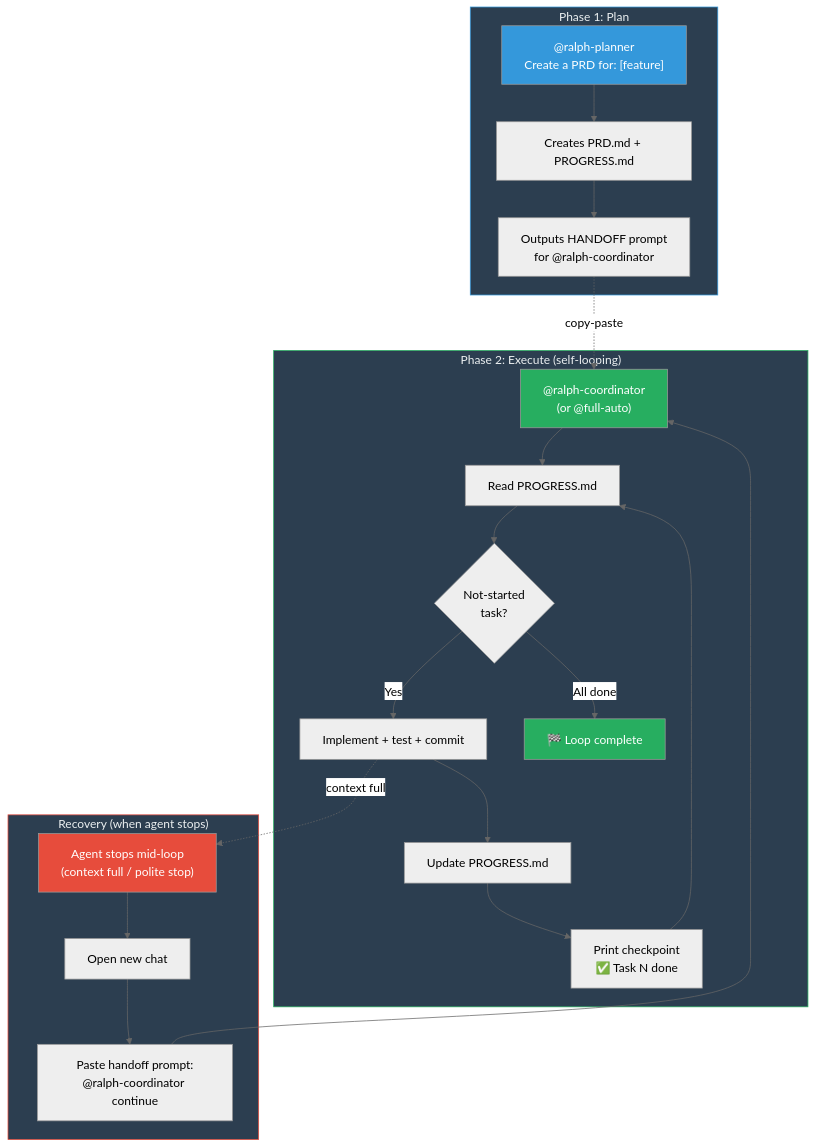
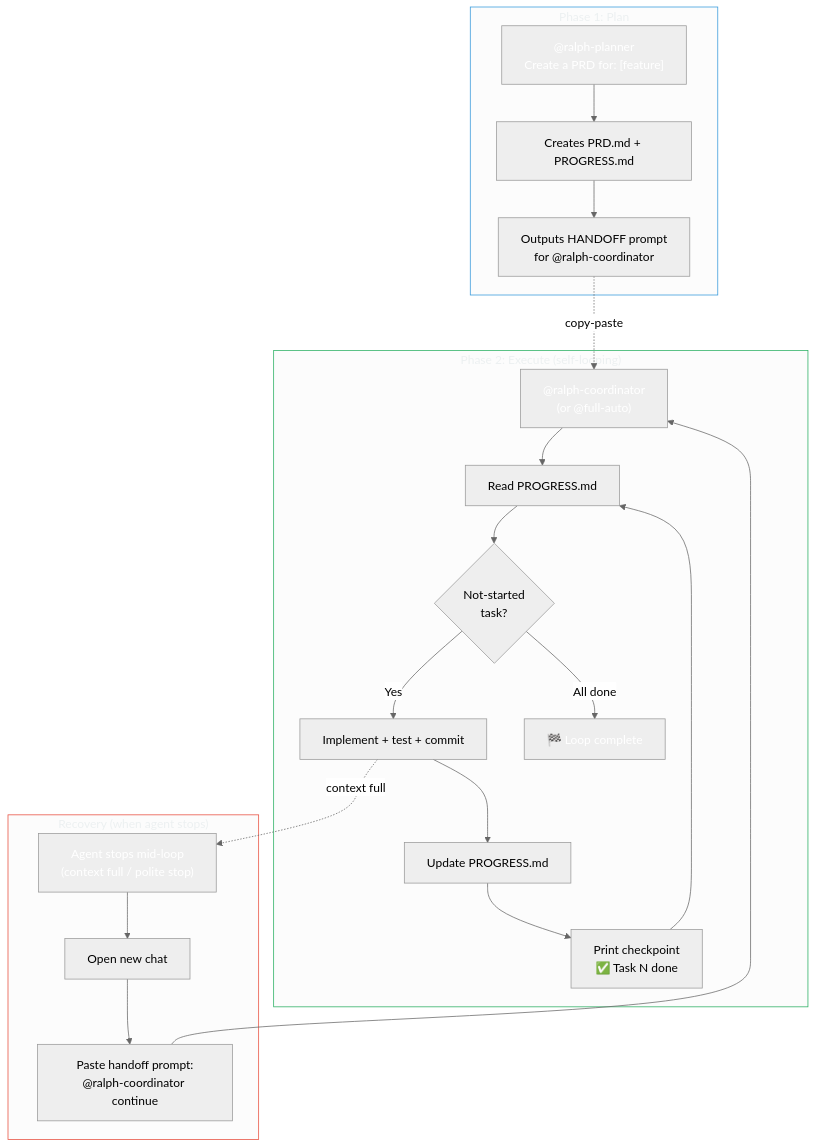
One commit to abossard/ghcp-agent-2024 changed diagram 12 of 12 in README.md. Above: the diagram before and after it, drawn with Mermaid (neutral theme). The commit also changed other lines of this file, not shown here.

````diff
--- a/README.md
+++ b/README.md
@@ -503,37 +538,37 @@
 ```mermaid
 flowchart TB
     subgraph PLAN ["Phase 1: Plan"]
         P1["@ralph-planner\nCreate a PRD for: [feature]"]
         P1 --> P2["Creates PRD.md + PROGRESS.md"]
         P2 --> P3["Outputs HANDOFF prompt\nfor @ralph-coordinator"]
     end
 
     subgraph LOOP ["Phase 2: Execute (self-looping)"]
         L1["@ralph-coordinator\n(or @full-auto)"]
         L1 --> L2[Read PROGRESS.md]
         L2 --> L3{Not-started\ntask?}
         L3 -->|Yes| L4[Implement + test + commit]
         L4 --> L5[Update PROGRESS.md]
         L5 --> L6["Print checkpoint\n✅ Task N done"]
         L6 --> L2
         L3 -->|All done| L7["🏁 Loop complete"]
     end
 
     subgraph RECOVER ["Recovery (when agent stops)"]
         R1["Agent stops mid-loop\n(context full / polite stop)"]
         R1 --> R2["Open new chat"]
         R2 --> R3["Paste handoff prompt:\n@ralph-coordinator continue"]
         R3 --> L1
     end
 
     P3 -.->|"copy-paste"| L1
     L4 -.->|"context full"| R1
 
-    style PLAN fill:#2c3e50,color:#ecf0f1,stroke:#3498db
-    style LOOP fill:#2c3e50,color:#ecf0f1,stroke:#27ae60
-    style RECOVER fill:#2c3e50,color:#ecf0f1,stroke:#e74c3c
-    style P1 fill:#3498db,color:#fff
-    style L1 fill:#27ae60,color:#fff
-    style L7 fill:#27ae60,color:#fff
-    style R1 fill:#e74c3c,color:#fff
+    style PLAN color:#ecf0f1,stroke:#3498db
+    style LOOP color:#ecf0f1,stroke:#27ae60
+    style RECOVER color:#ecf0f1,stroke:#e74c3c
+    style P1 color:#fff
+    style L1 color:#fff
+    style L7 color:#fff
+    style R1 color:#fff
 ```
````
